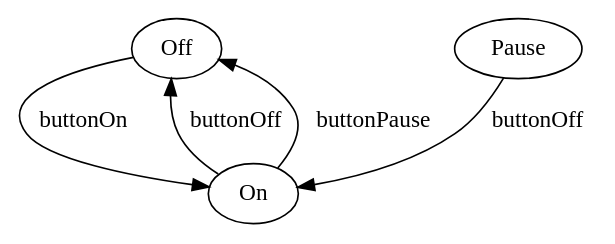
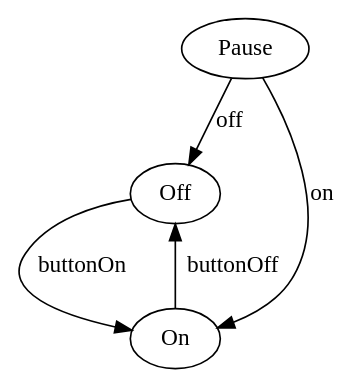
Before and after one commit to tpnbolwerk/rascal-ssm: the diagram in input.dot, drawn with Graphviz. The commit also changed 6 other files, not shown here.

```diff
--- a/input.dot
+++ b/input.dot
@@ -1,16 +1,16 @@
 digraph{
 
 Off->On [ label="buttonOn"];
         
      
 
 On->Off [ label="buttonOff"];
         
-On->Off [ label="buttonPause"];
-        
      
 
-Pause->On [ label="buttonOff"];
+Pause->On [ label="on"];
+        
+Pause->Off [ label="off"];
         
      
     }
```
